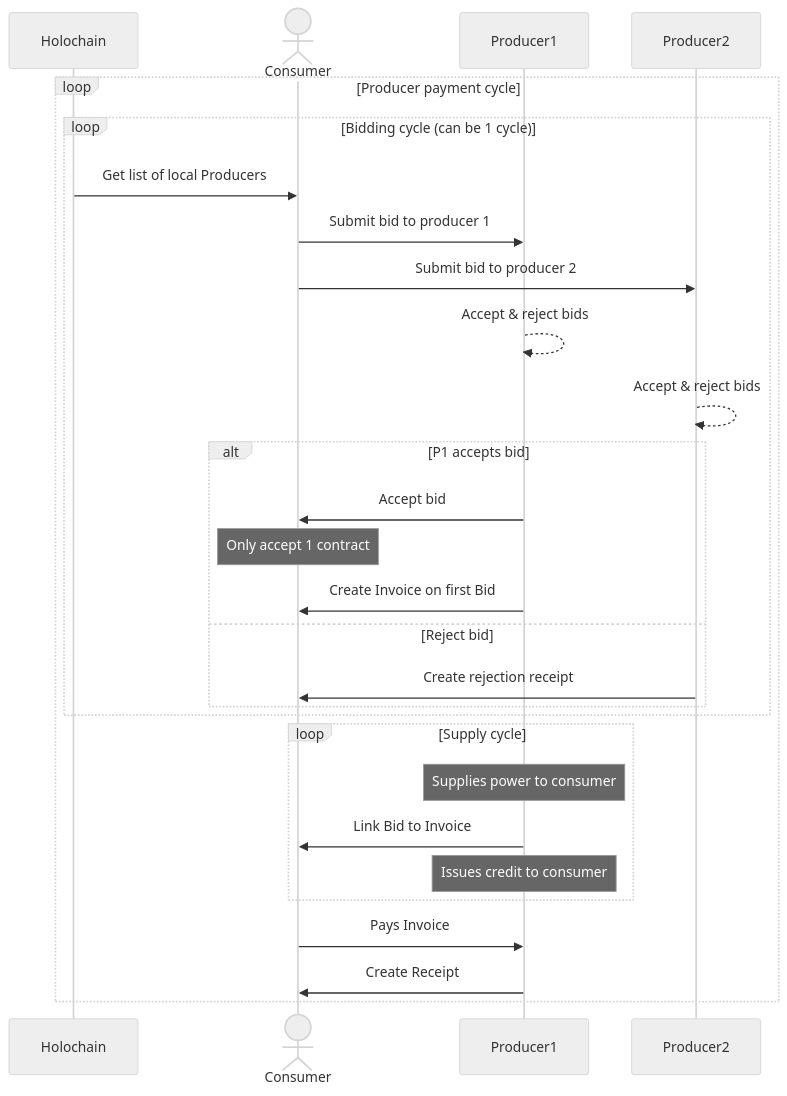
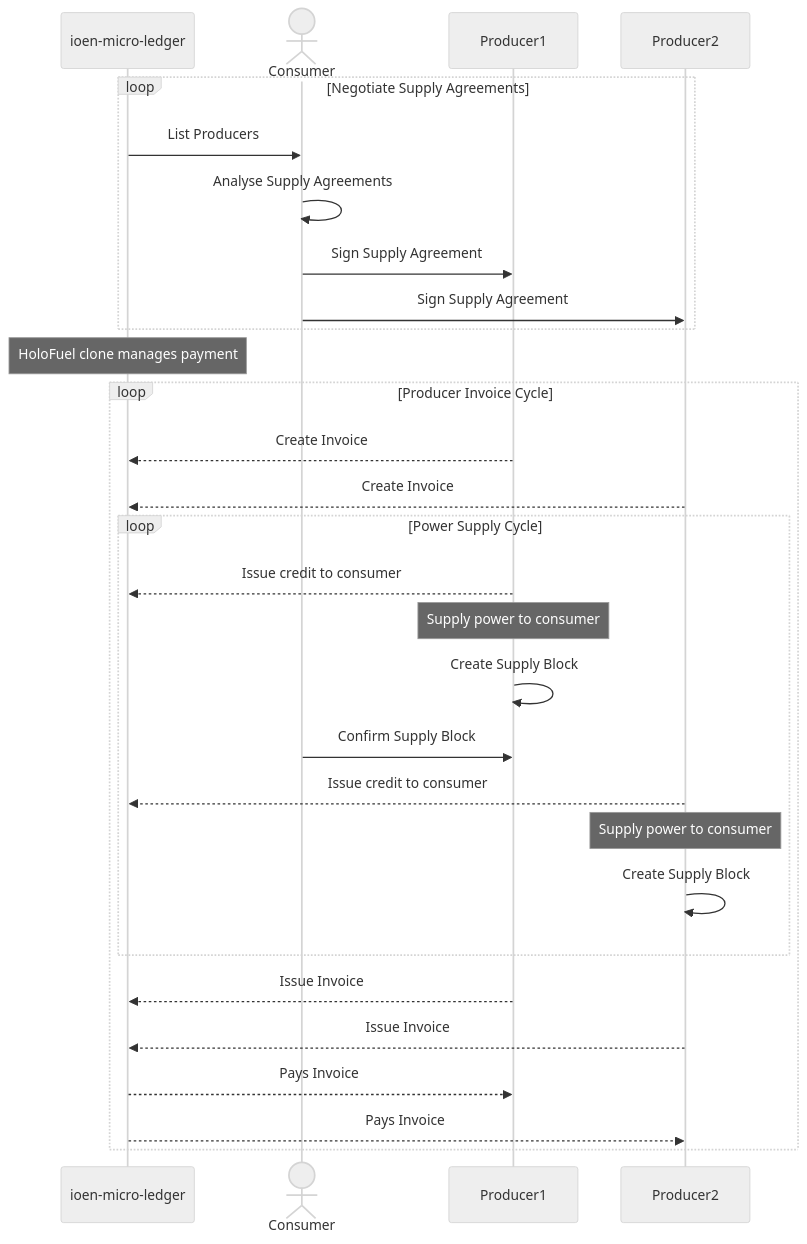
The first of 2 diagrams in SPEC.md (ioen-tech/ioen-micro-ledger), drawn with Mermaid (neutral theme) before and after one commit. The commit also changed other lines of this file, not shown here.

Commit message:
New sequence diagram for Supply Agreement design.

````diff
--- a/SPEC.md
+++ b/SPEC.md
@@ -9,30 +17,32 @@
 ```mermaid
 sequenceDiagram
-    participant H as Holochain
+    participant H as ioen-micro-ledger
     actor C as Consumer
     participant P1 as Producer1
     participant P2 as Producer2
-    loop Producer payment cycle
-        loop Bidding cycle (can be 1 cycle)
-            H->>C: Get list of local Producers
-            C->>P1: Submit bid to producer 1
-            C->>P2: Submit bid to producer 2
-            P1-->>P1: Accept & reject bids
-            P2-->>P2: Accept & reject bids
-            alt P1 accepts bid
-                P1->>C: Accept bid
-                Note over C: Only accept 1 contract
-                P1->>C: Create Invoice on first Bid
-            else Reject bid
-                P2->>C: Create rejection receipt
-            end
+    loop Negotiate Supply Agreements
+        H->>C: List Producers
+        C->>C: Analyse Supply Agreements
+        C->>P1: Sign Supply Agreement
+        C->>P2: Sign Supply Agreement
+    end 
+
+    Note over H: HoloFuel clone manages payment
+    loop Producer Invoice Cycle
+        P1-->>H: Create Invoice
+        P2-->>H: Create Invoice
+        loop Power Supply Cycle
+            P1-->>H: Issue credit to consumer 
+            Note over P1: Supply power to consumer
+            P1->>P1: Create Supply Block
+            C->>P1: Confirm Supply Block
+            P2-->>H: Issue credit to consumer 
+            Note over P2: Supply power to consumer
+            P2->>P2: Create Supply Block
         end
-        loop Supply cycle
-            Note over P1: Supplies power to consumer
-            P1->>C: Link Bid to Invoice
-            Note over P1: Issues credit to consumer
-        end
-        C->>P1: Pays Invoice
-        P1->>C: Create Receipt
+        P1-->>H: Issue Invoice
+        P2-->>H: Issue Invoice
+        H-->>P1: Pays Invoice
+        H-->>P2: Pays Invoice
     end
 ```
````
